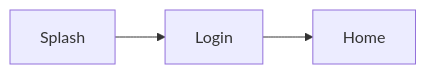
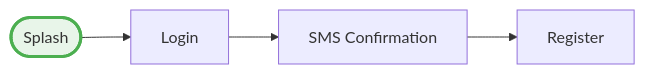
The diagram in jsonui-mermaid.md (Tai-Kimura/JsonUI-Agents-for-claude), drawn with Mermaid before and after one commit. The commit also changed other lines of this file, not shown here.

````diff
--- a/jsonui-mermaid.md
+++ b/jsonui-mermaid.md
@@ -144,12 +177,18 @@
 ```mermaid
 flowchart LR
 
-    %% Node definitions
-    home["Home"]
+    %% Entry screens (if connected to this group)
+    splash(["Splash"]):::entryNode
+
+    classDef entryNode fill:#e8f5e9,stroke:#4caf50,stroke-width:3px
+
+    %% Group screens
     login["Login"]
-    splash["Splash"]
+    register["Register"]
+    sms_confirmation["SMS Confirmation"]
 
-    %% Transitions
-    login --> home
+    %% Transitions within this group
     splash --> login
+    login --> sms_confirmation
+    sms_confirmation --> register
 ```
````
